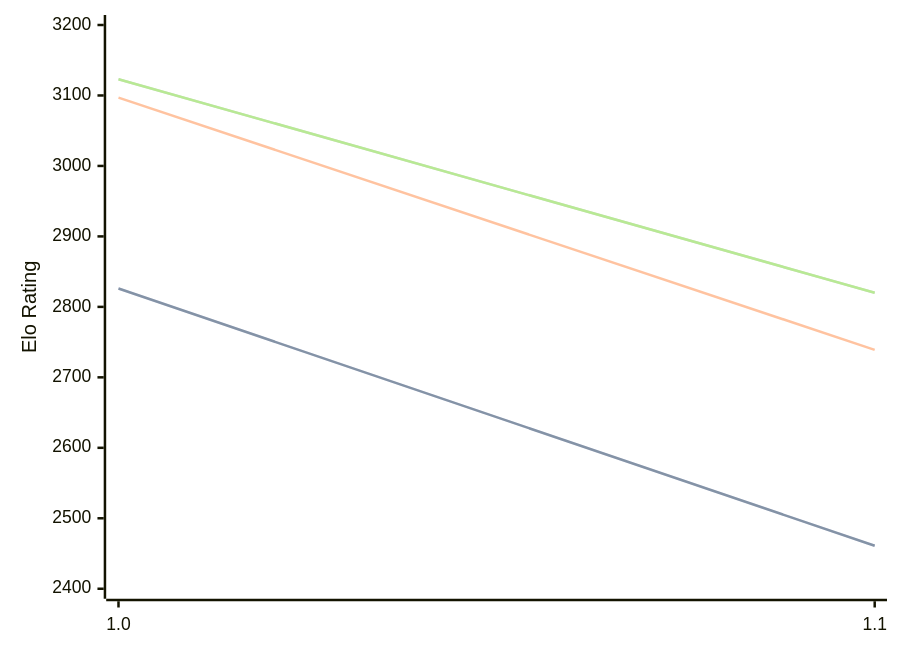
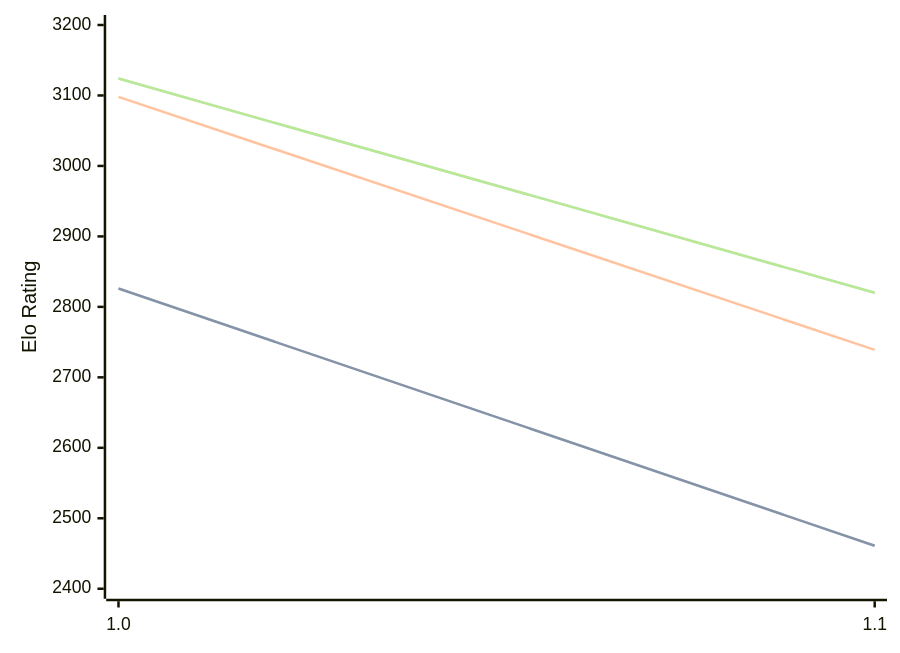
One commit to computer-chess-index/cci changed the diagram in engines/Publius.md. Above: the diagram before and after it, drawn with Mermaid. The commit also changed other lines of this file, not shown here.

Commit message:
Update CCI Ratings (ELO VLTC) - 2026-07-29

````diff
--- a/engines/Publius.md
+++ b/engines/Publius.md
@@ -32,11 +32,11 @@
 ```mermaid
 %%{init: {"theme":"base","themeVariables":{"seriesColors:['#a3a3a3','#222221','#faa371']}}}%%
 xychart-beta
   x-axis ["1.0", "1.1"]
   y-axis "Elo Rating" 2400 --> 3200
   line "STC (8.0+0.08s)" [2826, 2461]
   line "STC (8.0+0.08s)" [2826, 2461]
-  line "LTC (60.0+0.60s)" [3097, 2739]
-  line "VLTC (2m24s+1.12s)" [3123, 2820]
-  line "VLTC (2m24s+1.12s)" [3123, 2820]
+  line "LTC (60.0+0.60s)" [3098, 2739]
+  line "VLTC (2m24s+1.12s)" [3124, 2820]
+  line "VLTC (2m24s+1.12s)" [3124, 2820]
 ```
````
